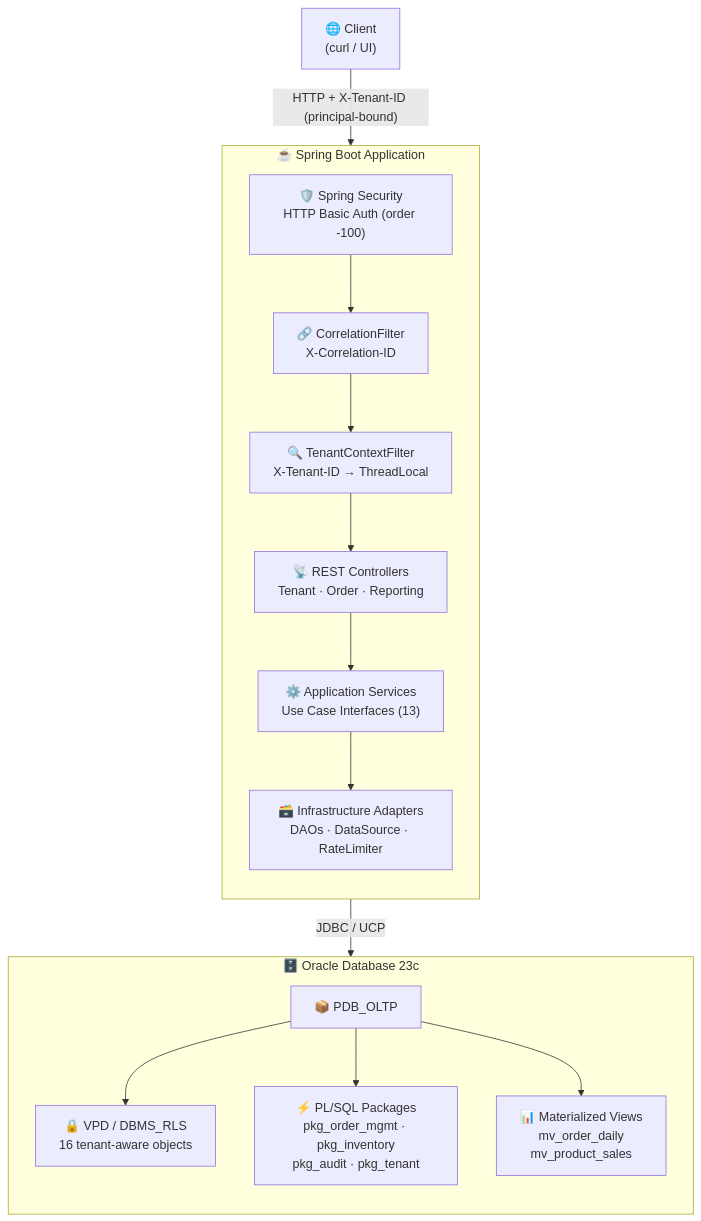
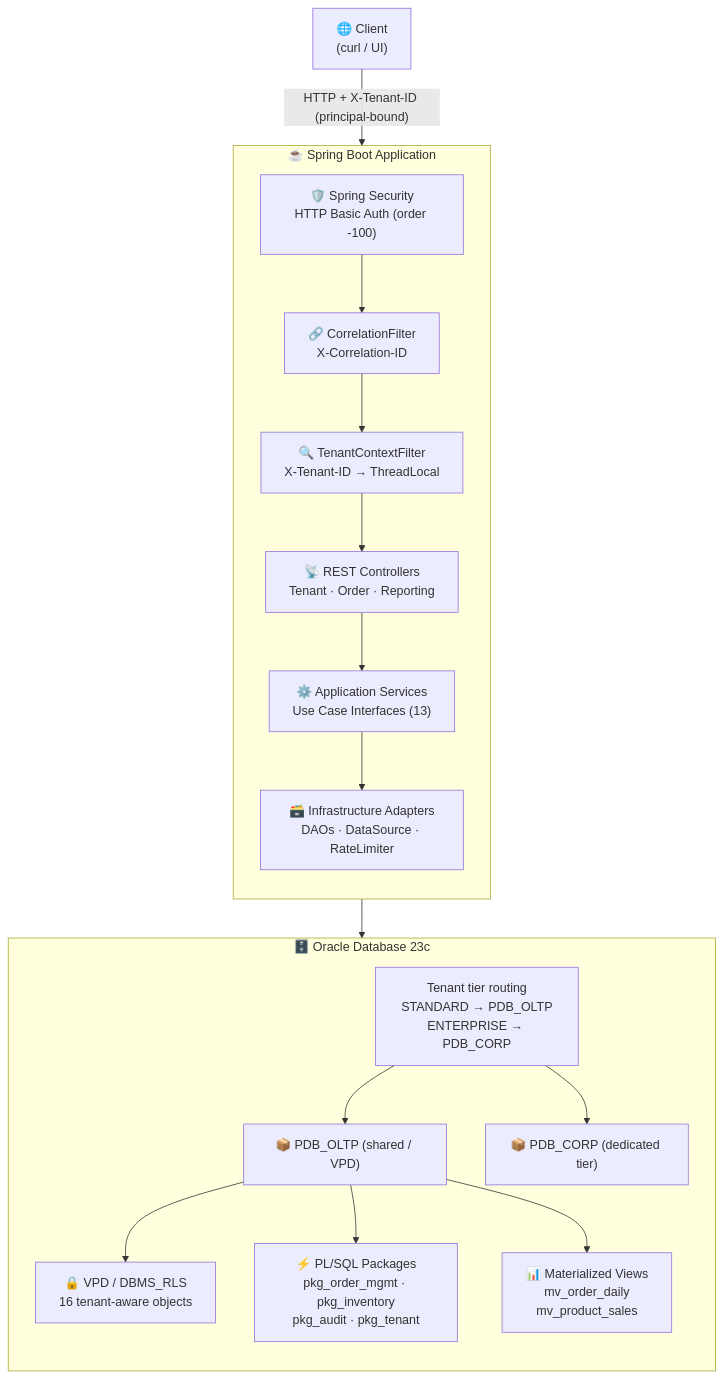
Before and after one commit to sergio11/oracle_multitenant_order_management_poc: the first of 8 diagrams in README.md, drawn with Mermaid. The commit also changed other lines of this file and 1 other file, not shown here.

Commit message:
docs(poc): document kind and dual-PDB workflow

````diff
--- a/README.md
+++ b/README.md
@@ -30,34 +30,38 @@
 ```mermaid
 graph TB
     Client["🌐 Client<br/>(curl / UI)"]
 
     subgraph SpringBoot["☕ Spring Boot Application"]
         direction TB
         Security["🛡️ Spring Security<br/>HTTP Basic Auth (order -100)"]
         CorrelationFilter["🔗 CorrelationFilter<br/>X-Correlation-ID"]
         TenantFilter["🔍 TenantContextFilter<br/>X-Tenant-ID → ThreadLocal"]
 
         Controllers["📡 REST Controllers<br/>Tenant · Order · Reporting"]
         Services["⚙️ Application Services<br/>Use Case Interfaces (13)"]
         Adapters["🗃️ Infrastructure Adapters<br/>DAOs · DataSource · RateLimiter"]
     end
 
     subgraph Oracle["🗄️ Oracle Database 23c"]
         direction TB
-        PDB["📦 PDB_OLTP"]
+        Routing["Tenant tier routing<br/>STANDARD → PDB_OLTP<br/>ENTERPRISE → PDB_CORP"]
+        PDB["📦 PDB_OLTP (shared / VPD)"]
+        CorpPDB["📦 PDB_CORP (dedicated tier)"]
         VPD["🔒 VPD / DBMS_RLS<br/>16 tenant-aware objects"]
         PLSQL["⚡ PL/SQL Packages<br/>pkg_order_mgmt · pkg_inventory<br/>pkg_audit · pkg_tenant"]
         MV["📊 Materialized Views<br/>mv_order_daily<br/>mv_product_sales"]
     end
 
     Client -->|"HTTP + X-Tenant-ID (principal-bound)"| Security
     Security --> CorrelationFilter
     CorrelationFilter --> TenantFilter
     TenantFilter --> Controllers
     Controllers --> Services
     Services --> Adapters
-    Adapters -->|"JDBC / UCP"| PDB
+    Adapters --> Routing
+    Routing --> PDB
+    Routing --> CorpPDB
     PDB --> VPD
     PDB --> PLSQL
     PDB --> MV
 ```
````
